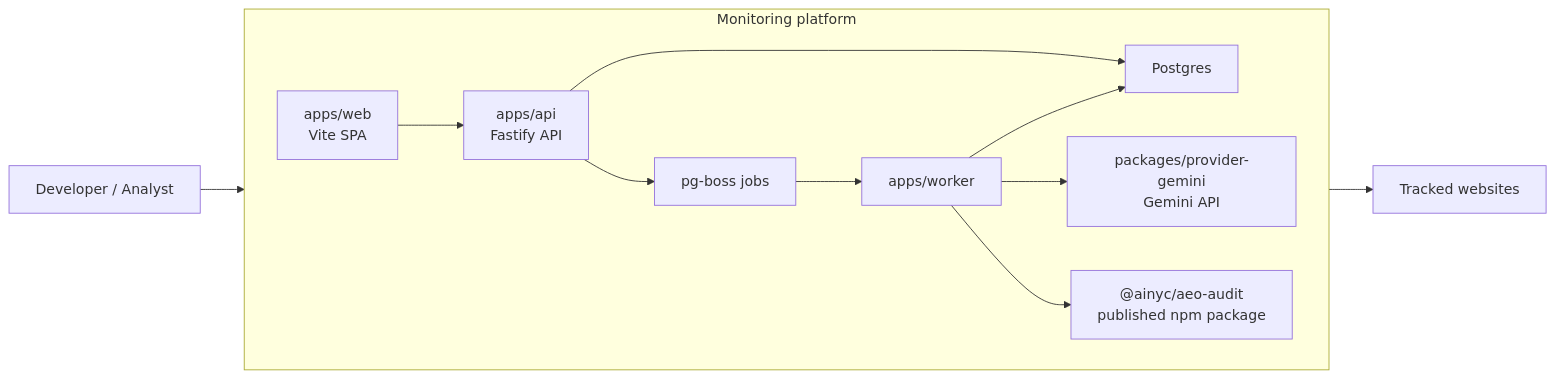
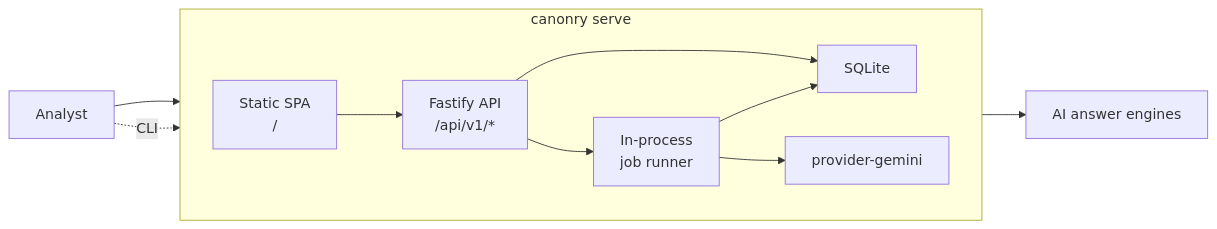
One commit to Canonry/canonry changed the diagram in README.md. Above: the diagram before and after it, drawn with Mermaid. The commit also changed other lines of this file and 18 other files, not shown here.

````diff
--- a/README.md
+++ b/README.md
@@ -53,22 +69,18 @@
 ```mermaid
 flowchart LR
-  User["Developer / Analyst"]
-  Target["Tracked websites"]
-  DB["Postgres"]
-  Gemini["packages/provider-gemini\nGemini API"]
-  AuditPkg["@ainyc/aeo-audit\npublished npm package"]
+  User["Analyst"]
+  Target["AI answer engines"]
 
-  subgraph Platform["Monitoring platform"]
+  subgraph Process["canonry serve"]
     direction LR
-    Web["apps/web\nVite SPA"] --> API["apps/api\nFastify API"]
-    API --> Queue["pg-boss jobs"]
-    API --> DB
-    Queue --> Worker["apps/worker"]
-    Worker --> Gemini
-    Worker --> AuditPkg
-    Worker --> DB
+    SPA["Static SPA\n/"] --> API["Fastify API\n/api/v1/*"]
+    API --> JobRunner["In-process\njob runner"]
+    API --> SQLite["SQLite"]
+    JobRunner --> Gemini["provider-gemini"]
+    JobRunner --> SQLite
   end
 
-  User --> Web
-  AuditPkg --> Target
+  User --> SPA
+  User -. CLI .-> API
+  Gemini --> Target
 ```
````
